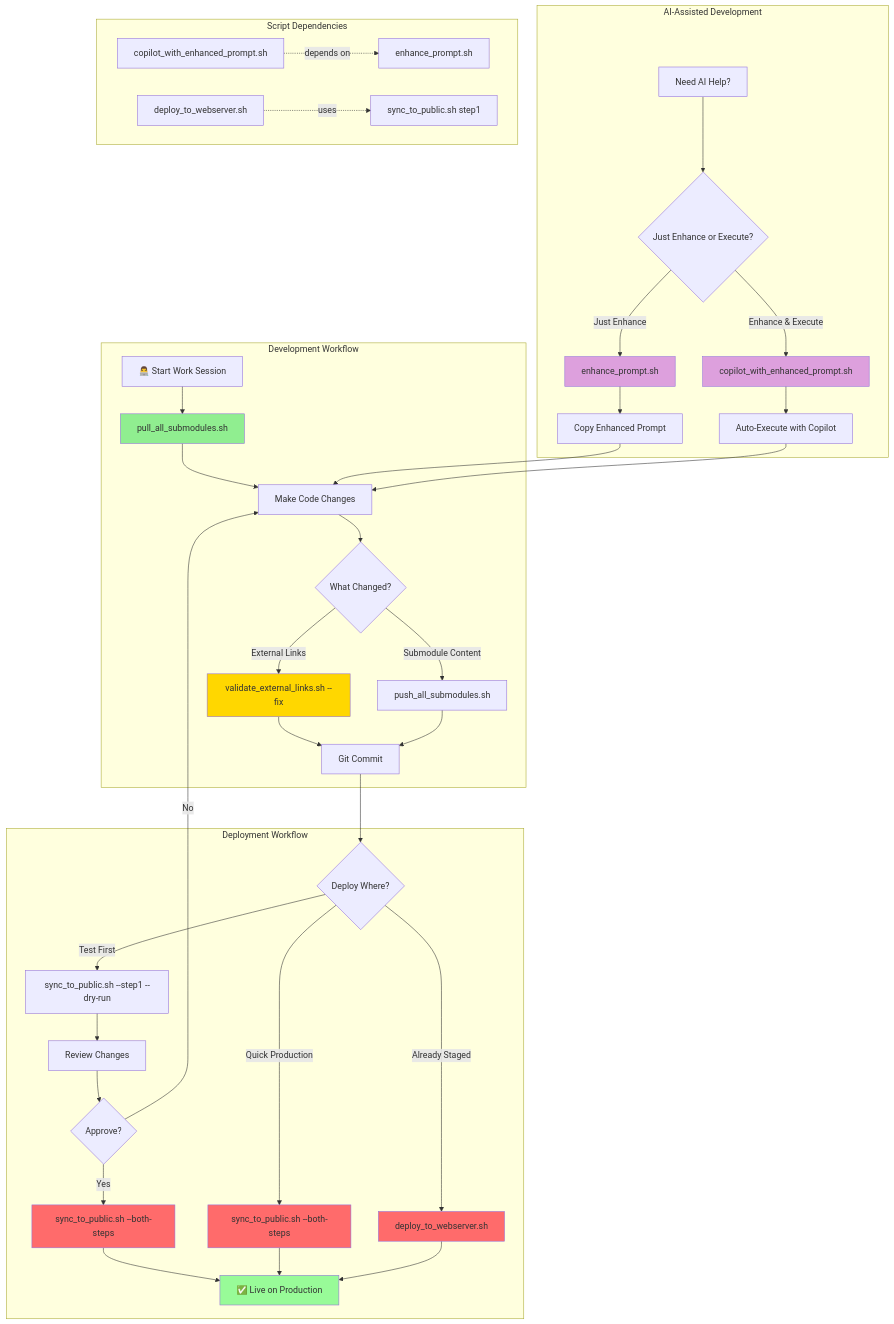
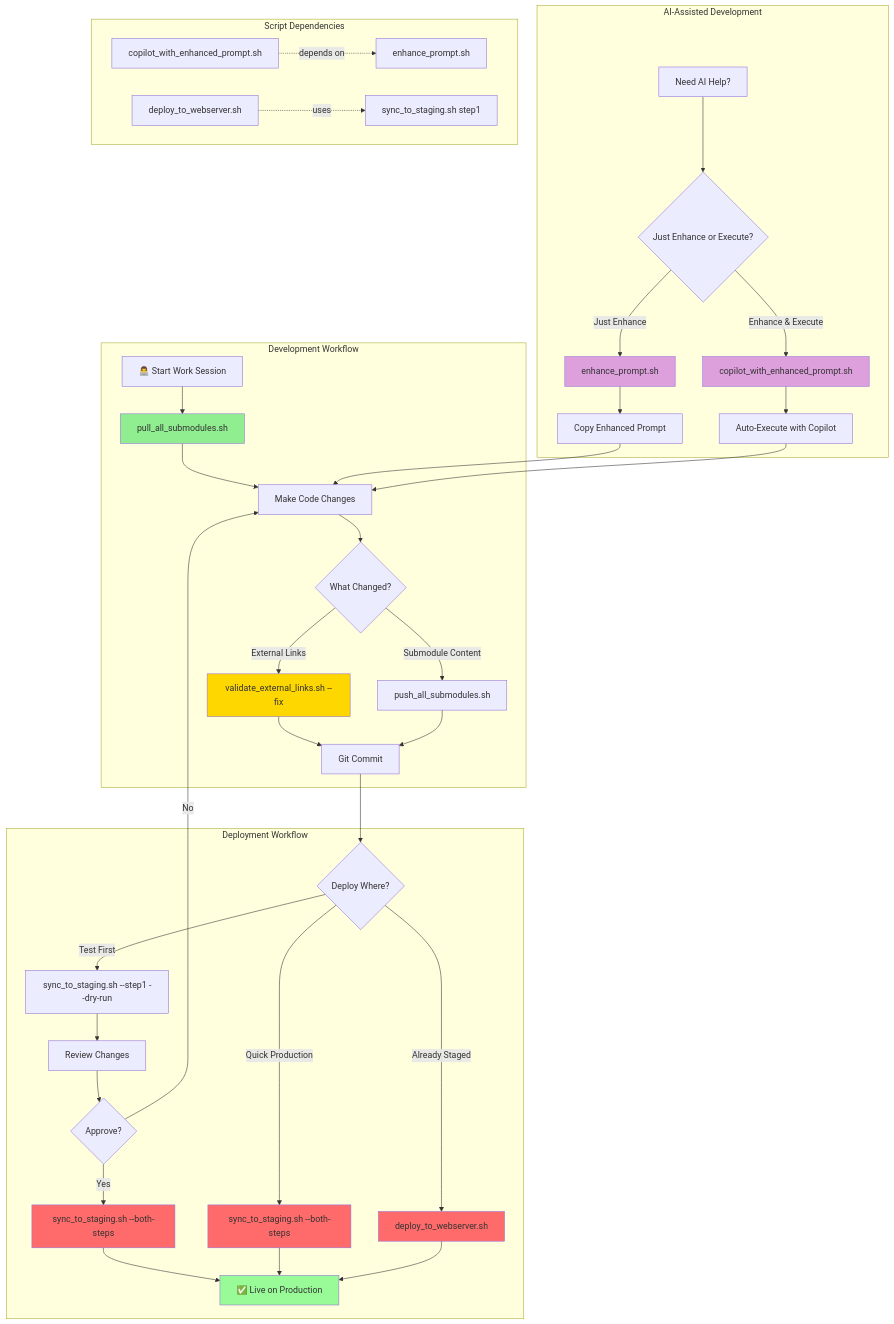
The diagram in shell_scripts/README.md (mpbarbosa/mpbarbosa_site), drawn with Mermaid before and after one commit. The commit also changed other lines of this file and 26 other files, not shown here.

First line of the commit message:
feat(phase1): roadmap phase 1 — SEO, branding, social links & test fixes

````diff
--- a/shell_scripts/README.md
+++ b/shell_scripts/README.md
@@ -73,59 +73,59 @@
 ```mermaid
 graph TD
     subgraph "Development Workflow"
         A[👨‍💻 Start Work Session] --> B[pull_all_submodules.sh]
         B --> C[Make Code Changes]
         C --> D{What Changed?}
 
         D -->|External Links| E[validate_external_links.sh --fix]
         D -->|Submodule Content| G[push_all_submodules.sh]
 
         E --> H[Git Commit]
         G --> H
     end
 
     subgraph "Deployment Workflow"
         H --> I{Deploy Where?}
 
-        I -->|Test First| J[sync_to_public.sh --step1 --dry-run]
+        I -->|Test First| J[sync_to_staging.sh --step1 --dry-run]
         J --> K[Review Changes]
         K --> L{Approve?}
 
-        L -->|Yes| M[sync_to_public.sh --both-steps]
+        L -->|Yes| M[sync_to_staging.sh --both-steps]
         L -->|No| C
 
-        I -->|Quick Production| N[sync_to_public.sh --both-steps]
+        I -->|Quick Production| N[sync_to_staging.sh --both-steps]
         I -->|Already Staged| O[deploy_to_webserver.sh]
 
         M --> P[✅ Live on Production]
         N --> P
         O --> P
     end
 
     subgraph "AI-Assisted Development"
         Q[Need AI Help?] --> R{Just Enhance or Execute?}
 
         R -->|Just Enhance| S[enhance_prompt.sh]
         R -->|Enhance & Execute| T[copilot_with_enhanced_prompt.sh]
 
         S --> U[Copy Enhanced Prompt]
         T --> V[Auto-Execute with Copilot]
 
         U --> C
         V --> C
     end
 
     subgraph "Script Dependencies"
         T2[copilot_with_enhanced_prompt.sh] -.depends on.-> S2[enhance_prompt.sh]
-        D2[deploy_to_webserver.sh] -.uses.-> SY[sync_to_public.sh step1]
+        D2[deploy_to_webserver.sh] -.uses.-> SY[sync_to_staging.sh step1]
     end
 
     style B fill:#90EE90
     style E fill:#FFD700
     style M fill:#FF6B6B
     style N fill:#FF6B6B
     style O fill:#FF6B6B
     style P fill:#98FB98
     style T fill:#DDA0DD
     style S fill:#DDA0DD
 ```
````
